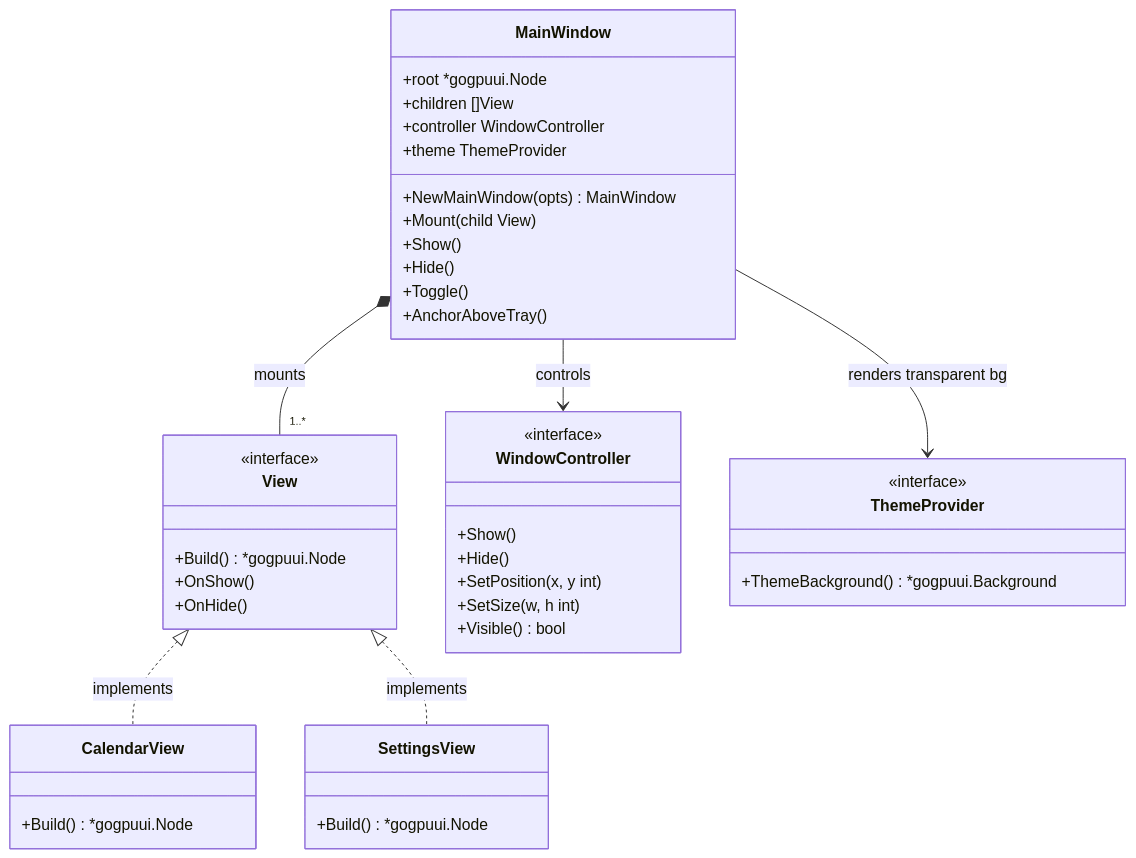
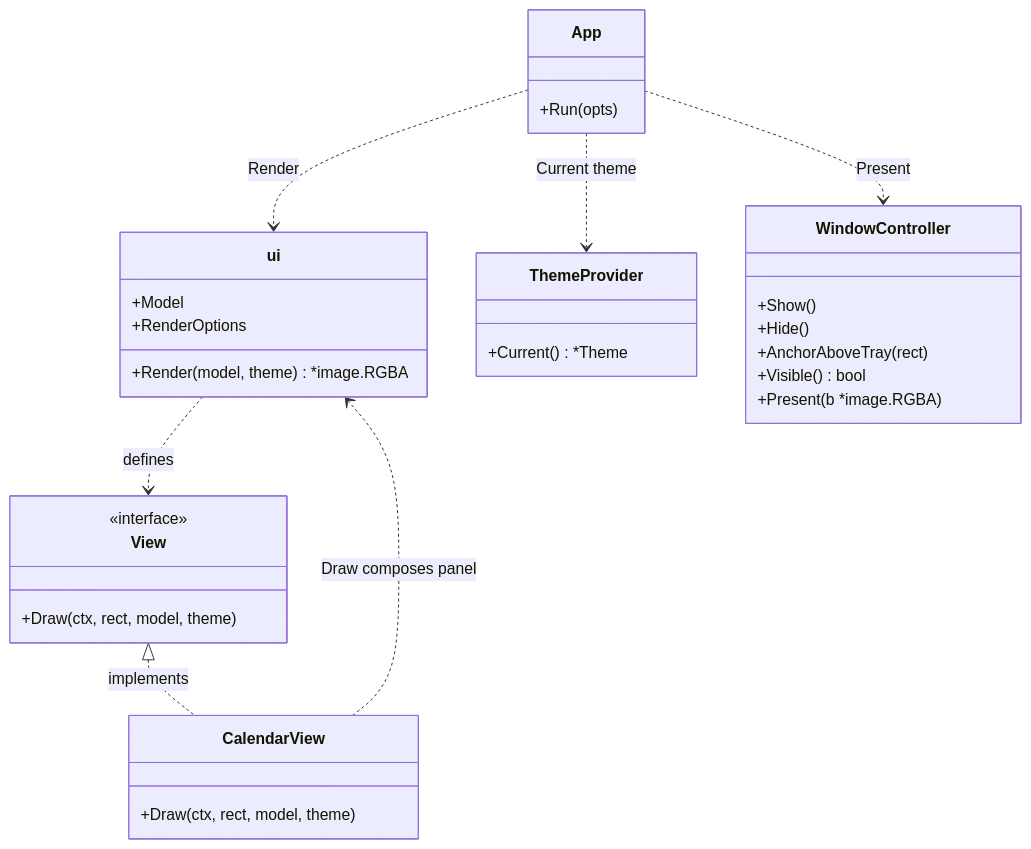
The first of 4 diagrams in docs/90-UI/MainWindow.md (shaolei/DeskCalendar), drawn with Mermaid before and after one commit. The commit also changed other lines of this file and 13 other files, not shown here.

First line of the commit message:
feat(ui): implement #90-UI render layer (gg -> *image.RGBA via WindowController.Present)

````diff
--- a/docs/90-UI/MainWindow.md
+++ b/docs/90-UI/MainWindow.md
@@ -22,45 +25,34 @@
 ```mermaid
 classDiagram
-    class MainWindow {
-        +root *gogpuui.Node
-        +children []View
-        +controller WindowController
-        +theme ThemeProvider
-        +NewMainWindow(opts) MainWindow
-        +Mount(child View)
-        +Show()
-        +Hide()
-        +Toggle()
-        +AnchorAboveTray()
+    class ui {
+        +Model
+        +RenderOptions
+        +Render(model, theme) *image.RGBA
     }
     class View {
         <<interface>>
-        +Build() *gogpuui.Node
-        +OnShow()
-        +OnHide()
+        +Draw(ctx, rect, model, theme)
+    }
+    class CalendarView {
+        +Draw(ctx, rect, model, theme)
+    }
+    class ThemeProvider {
+        +Current() *Theme
     }
     class WindowController {
-        <<interface>>
         +Show()
         +Hide()
-        +SetPosition(x, y int)
-        +SetSize(w, h int)
+        +AnchorAboveTray(rect)
         +Visible() bool
+        +Present(b *image.RGBA)
     }
-    class ThemeProvider {
-        <<interface>>
-        +ThemeBackground() *gogpuui.Background
+    class App {
+        +Run(opts)
     }
-    class CalendarView {
-        +Build() *gogpuui.Node
-    }
-    class SettingsView {
-        +Build() *gogpuui.Node
-    }
-
-    MainWindow *-- "1..*" View : mounts
-    MainWindow --> WindowController : controls
-    MainWindow --> ThemeProvider : renders transparent bg
+    ui ..> View : defines
     View <|.. CalendarView : implements
-    View <|.. SettingsView : implements
+    CalendarView ..> ui : Draw composes panel
+    App ..> ui : Render
+    App ..> WindowController : Present
+    App ..> ThemeProvider : Current theme
 ```
````
